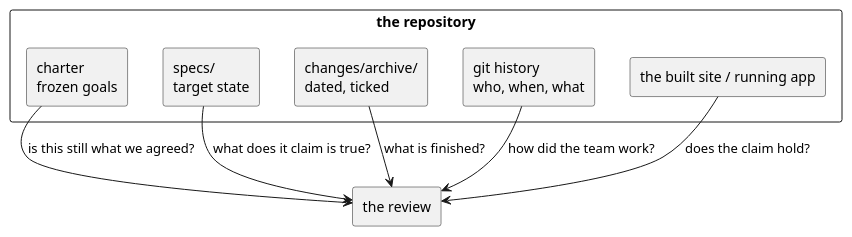
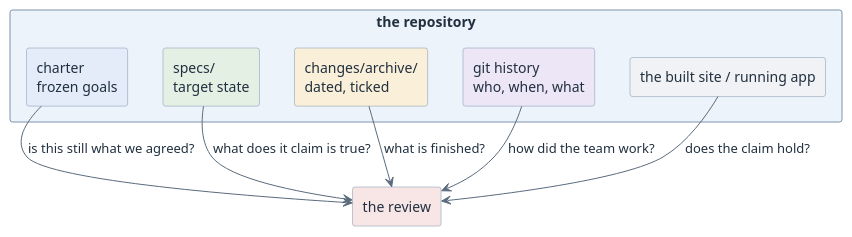
One commit to htl-leonding-college/curriculum-syp3 changed the diagram in modules/review-milestone-1/index.adoc. Above: the diagram before and after it, drawn with PlantUML. The commit also changed 65 other files, not shown here.

First line of the commit message:
feat(site): give the diagrams a semantic pastel palette

```diff
--- a/modules/review-milestone-1/index.adoc
+++ b/modules/review-milestone-1/index.adoc
@@ -30,23 +30,25 @@
 [plantuml,review-sources,svg]
 ----
 @startuml
-skinparam monochrome true
+<style>
+element { BackgroundColor #EDF3FA; LineColor #7C93AD; FontColor #21303F }
+arrow { LineColor #5A6B7D; FontColor #21303F }
+</style>
 skinparam shadowing false
 skinparam defaultFontName Helvetica
 
 rectangle "the repository" {
-  rectangle "charter\nfrozen goals" as CH
-  rectangle "specs/\ntarget state" as SP
-  rectangle "changes/archive/\ndated, ticked" as AR
-  rectangle "git history\nwho, when, what" as GI
-  rectangle "the built site / running app" as AP
+  rectangle "charter\nfrozen goals" as CH #E3ECF8
+  rectangle "specs/\ntarget state" as SP #E4F0E4
+  rectangle "changes/archive/\ndated, ticked" as AR #FAF0D9
+  rectangle "git history\nwho, when, what" as GI #ECE6F7
+  rectangle "the built site / running app" as AP #F0F2F5
 }
-rectangle "the review" as RV
-
+rectangle "the review" as RV #F8E5E5
 CH --> RV : "is this still what we agreed?"
 SP --> RV : "what does it claim is true?"
 AR --> RV : "what is finished?"
 GI --> RV : "how did the team work?"
 AP --> RV : "does the claim hold?"
 @enduml
 ----
```
